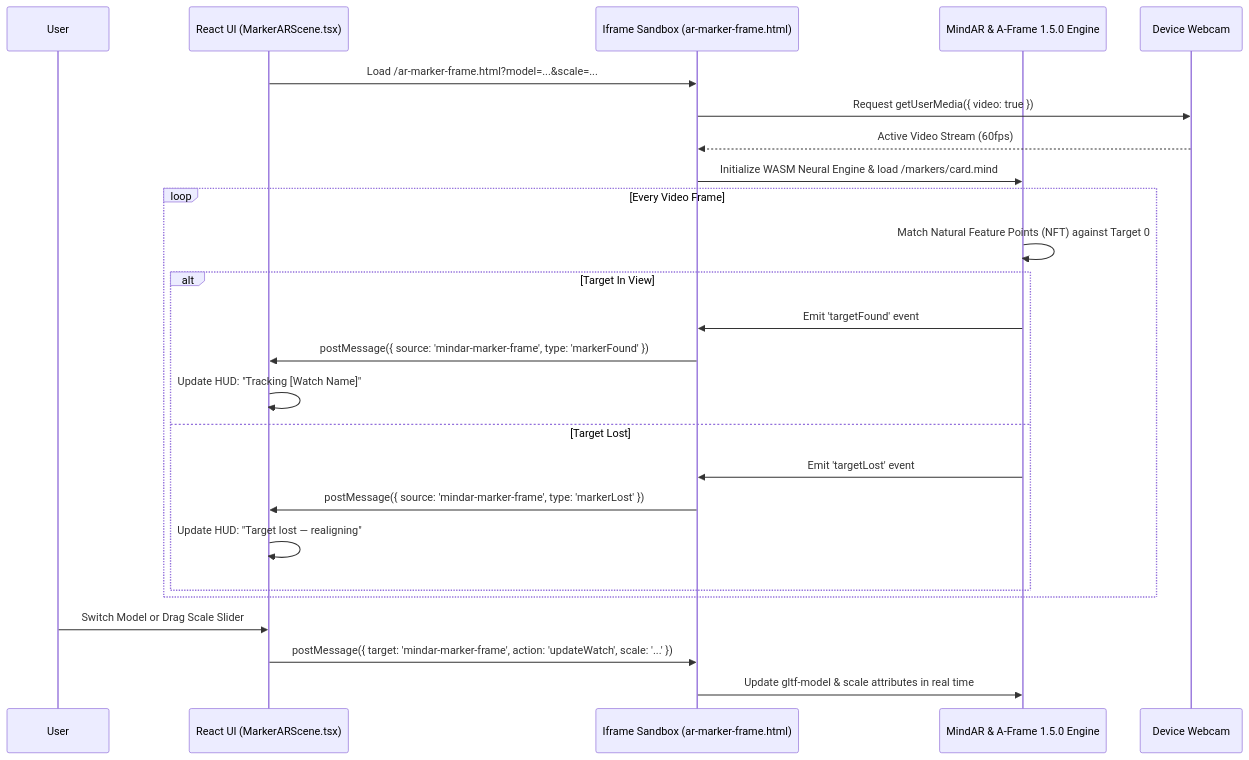
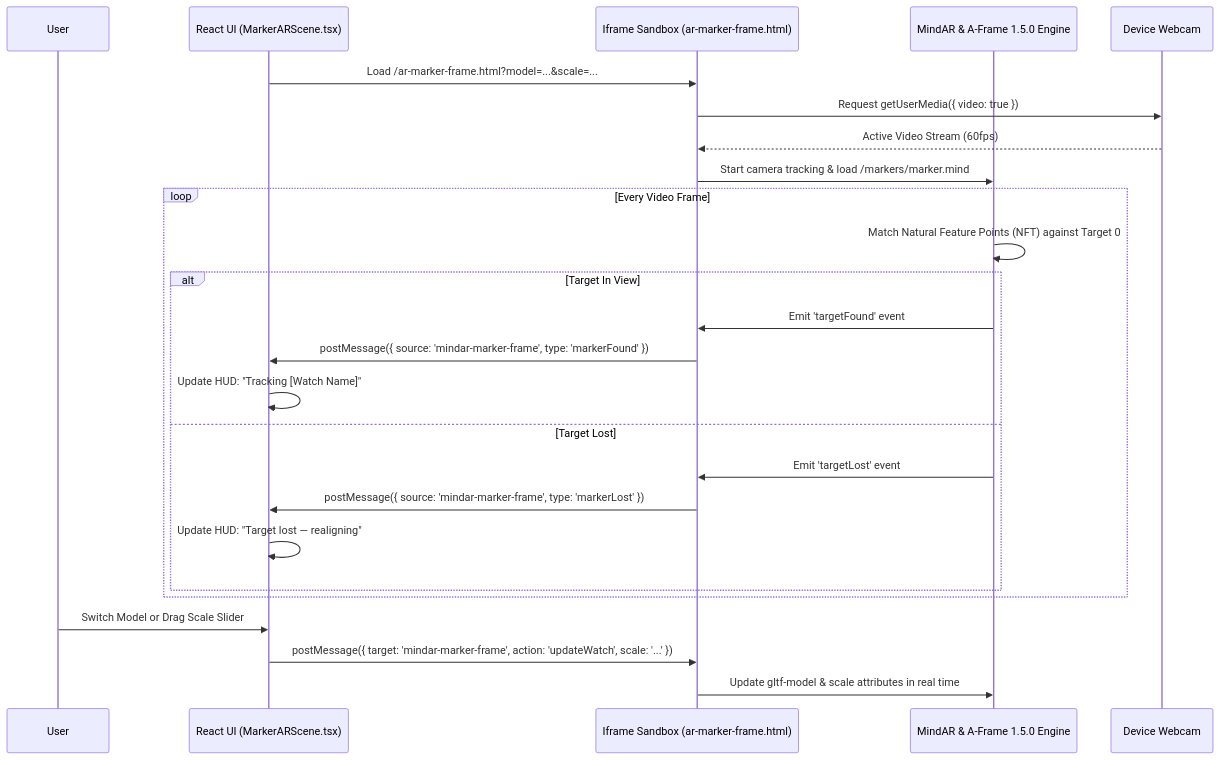
The second of 3 diagrams in architecture.md (dhanitha0725/ar-watch-shop), drawn with Mermaid before and after one commit. The commit also changed other lines of this file and 10 other files, not shown here.

Commit message:
change target card according to updated marker

````diff
--- a/architecture.md
+++ b/architecture.md
@@ -151,30 +151,30 @@
 ```mermaid
 sequenceDiagram
     participant User
     participant ReactHUD as React UI (MarkerARScene.tsx)
     participant Iframe as Iframe Sandbox (ar-marker-frame.html)
     participant MindAR as MindAR & A-Frame 1.5.0 Engine
     participant Camera as Device Webcam
 
     ReactHUD->>Iframe: Load /ar-marker-frame.html?model=...&scale=...
     Iframe->>Camera: Request getUserMedia({ video: true })
     Camera-->>Iframe: Active Video Stream (60fps)
-    Iframe->>MindAR: Initialize WASM Neural Engine & load /markers/card.mind
+    Iframe->>MindAR: Start camera tracking & load /markers/marker.mind
     
     loop Every Video Frame
         MindAR->>MindAR: Match Natural Feature Points (NFT) against Target 0
         alt Target In View
             MindAR->>Iframe: Emit 'targetFound' event
             Iframe->>ReactHUD: postMessage({ source: 'mindar-marker-frame', type: 'markerFound' })
             ReactHUD->>ReactHUD: Update HUD: "Tracking [Watch Name]"
         else Target Lost
             MindAR->>Iframe: Emit 'targetLost' event
             Iframe->>ReactHUD: postMessage({ source: 'mindar-marker-frame', type: 'markerLost' })
             ReactHUD->>ReactHUD: Update HUD: "Target lost — realigning"
         end
     end
 
     User->>ReactHUD: Switch Model or Drag Scale Slider
     ReactHUD->>Iframe: postMessage({ target: 'mindar-marker-frame', action: 'updateWatch', scale: '...' })
     Iframe->>MindAR: Update gltf-model & scale attributes in real time
 ```
````
